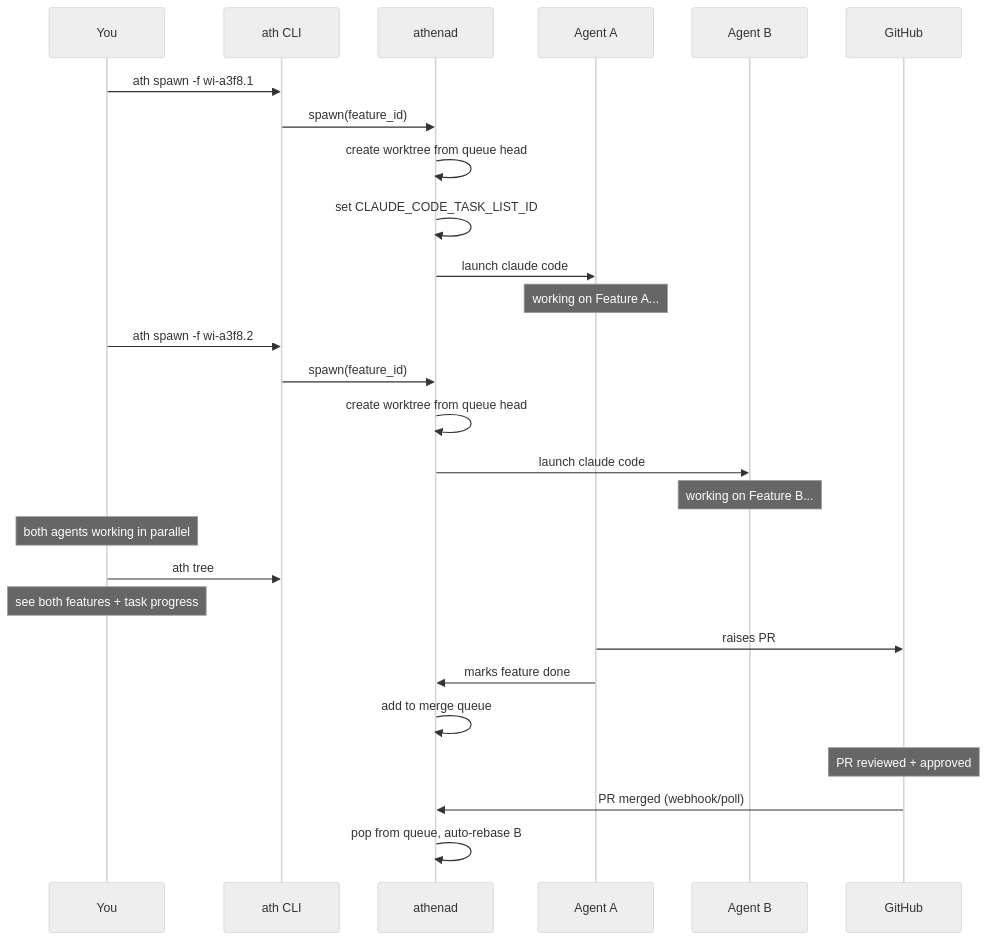
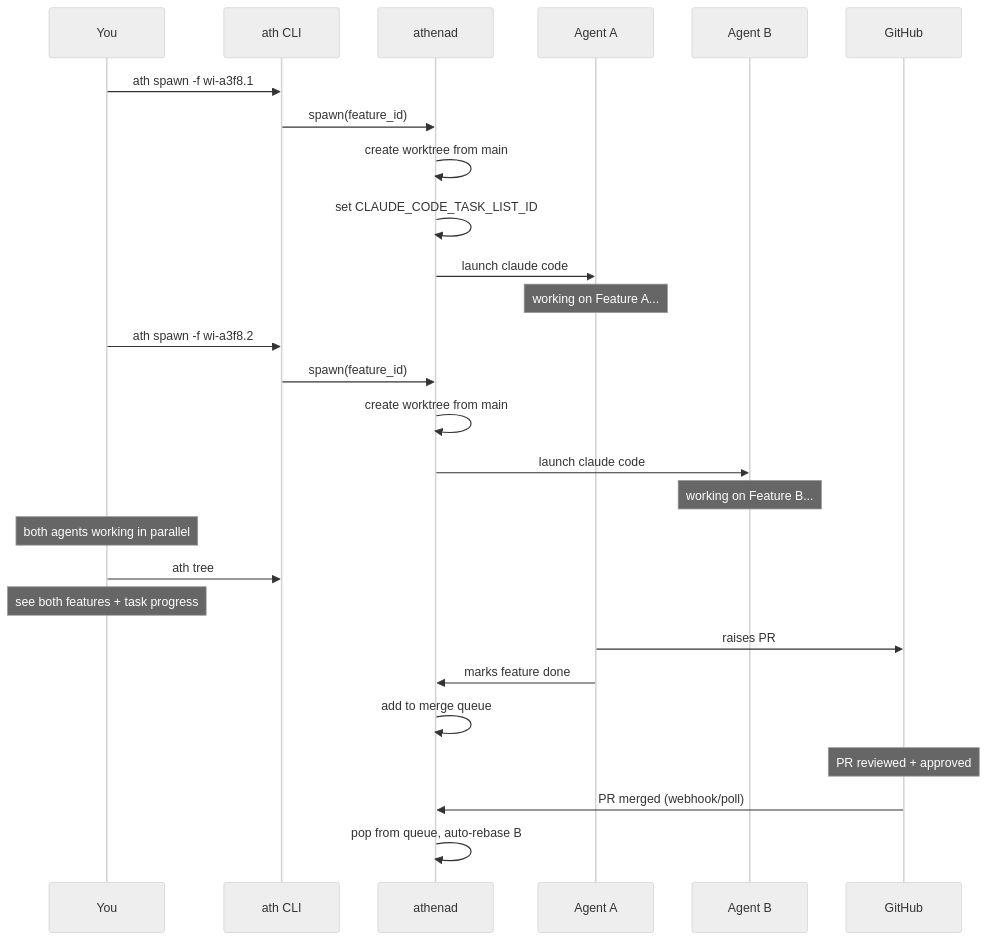
Before and after one commit to drew-mcl/athena: the second of 8 diagrams in docs/architecture.md, drawn with Mermaid (neutral theme). The commit also changed other lines of this file and 6 other files, not shown here.

First line of the commit message:
WI-C5A6.8: refactor(queue): enable parallel worktree development (#70)

````diff
--- a/docs/architecture.md
+++ b/docs/architecture.md
@@ -137,36 +137,36 @@
 ```mermaid
 sequenceDiagram
     participant You
     participant Athena as ath CLI
     participant D as athenad
     participant A1 as Agent A
     participant A2 as Agent B
     participant GH as GitHub
 
     You->>Athena: ath spawn -f wi-a3f8.1
     Athena->>D: spawn(feature_id)
-    D->>D: create worktree from queue head
+    D->>D: create worktree from main
     D->>D: set CLAUDE_CODE_TASK_LIST_ID
     D->>A1: launch claude code
     Note over A1: working on Feature A...
 
     You->>Athena: ath spawn -f wi-a3f8.2
     Athena->>D: spawn(feature_id)
-    D->>D: create worktree from queue head
+    D->>D: create worktree from main
     D->>A2: launch claude code
     Note over A2: working on Feature B...
 
     Note over You: both agents working in parallel
 
     You->>Athena: ath tree
     Note over You: see both features + task progress
 
     A1->>GH: raises PR
     A1->>D: marks feature done
     D->>D: add to merge queue
 
     Note over GH: PR reviewed + approved
 
     GH->>D: PR merged (webhook/poll)
     D->>D: pop from queue, auto-rebase B
 ```
````
